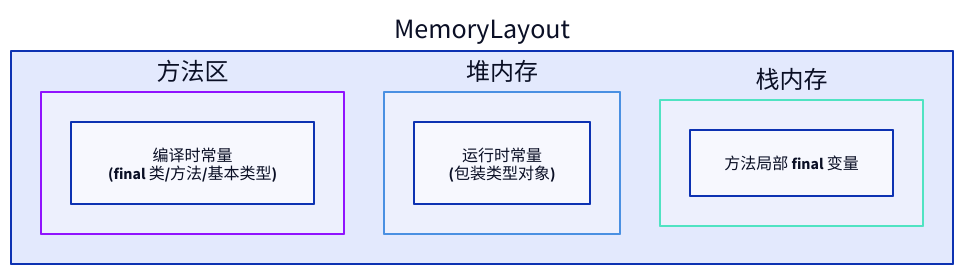
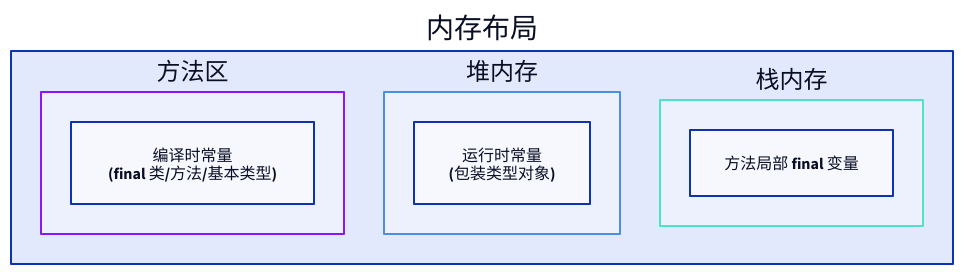
Before and after one commit to HogskinKitty/culpro: the fourth of 4 diagrams in docs/java/basic.md, drawn with D2. The commit also changed other lines of this file, not shown here.

````diff
--- a/docs/java/basic.md
+++ b/docs/java/basic.md
@@ -216,18 +231,18 @@
 ```d2
-MemoryLayout: {
+MemoryLayout: 内存布局 {
   方法区: {
     style.stroke: "#9013fe"
     类常量池: "编译时常量\n(final 类/方法/基本类型)"
   }
   
   堆内存: {
     style.stroke: "#4a90e2"
     对象常量: "运行时常量\n(包装类型对象)"
   }
   
   栈内存: {
     style.stroke: "#50e3c2"
     局部常量: "方法局部 final 变量"
   }
 }
 ```
````
